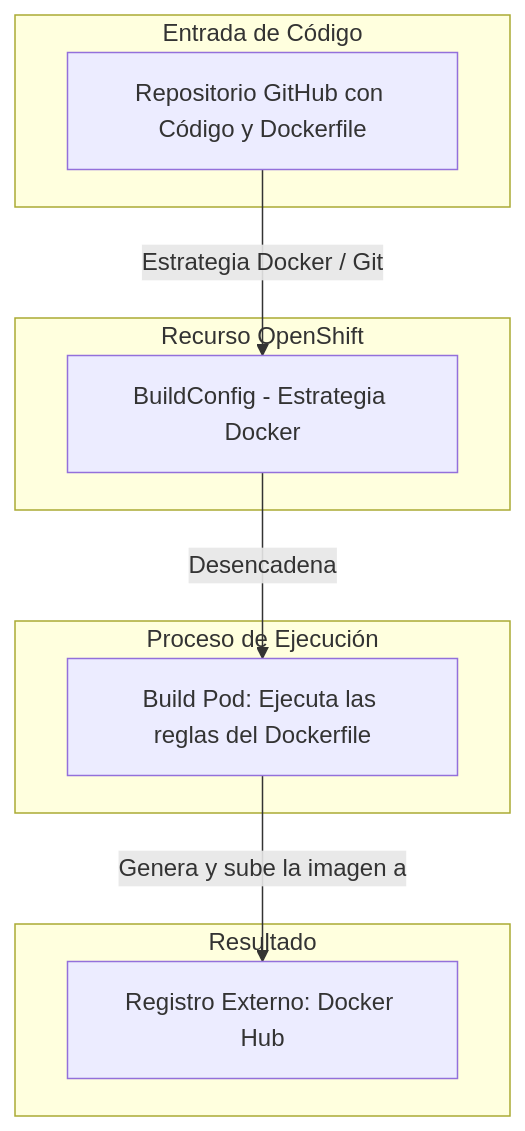
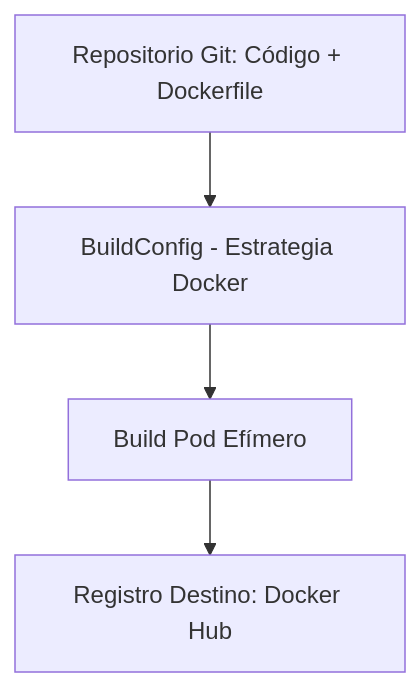
One commit to ieftraining/curso-openshift changed the second of 6 diagrams in docs/sesion4/4.5 Construir en la plataforma.md. Above: the diagram before and after it, drawn with Mermaid. The commit also changed other lines of this file, not shown here.

````diff
--- a/docs/sesion4/4.5 Construir en la plataforma.md
+++ b/docs/sesion4/4.5 Construir en la plataforma.md
@@ -52,22 +50,6 @@
 ```mermaid
 flowchart TD
-    subgraph Entrada de Código
-        A[Repositorio GitHub con Código y Dockerfile] 
-    end
-
-    subgraph Recurso OpenShift
-        BC[BuildConfig - Estrategia Docker]
-    end
-
-    subgraph Proceso de Ejecución
-        Build[Build Pod: Ejecuta las reglas del Dockerfile]
-    end
-
-    subgraph Resultado
-        RegExt[Registro Externo: Docker Hub]
-    end
-
-    A -->|Estrategia Docker / Git| BC
-    BC -->|Desencadena| Build
-    Build -->|Genera y sube la imagen a| RegExt
+    A[Repositorio Git: Código + Dockerfile] --> BC[BuildConfig - Estrategia Docker]
+    BC --> BP[Build Pod Efímero]
+    BP --> DH[Registro Destino: Docker Hub]
 ```
````
